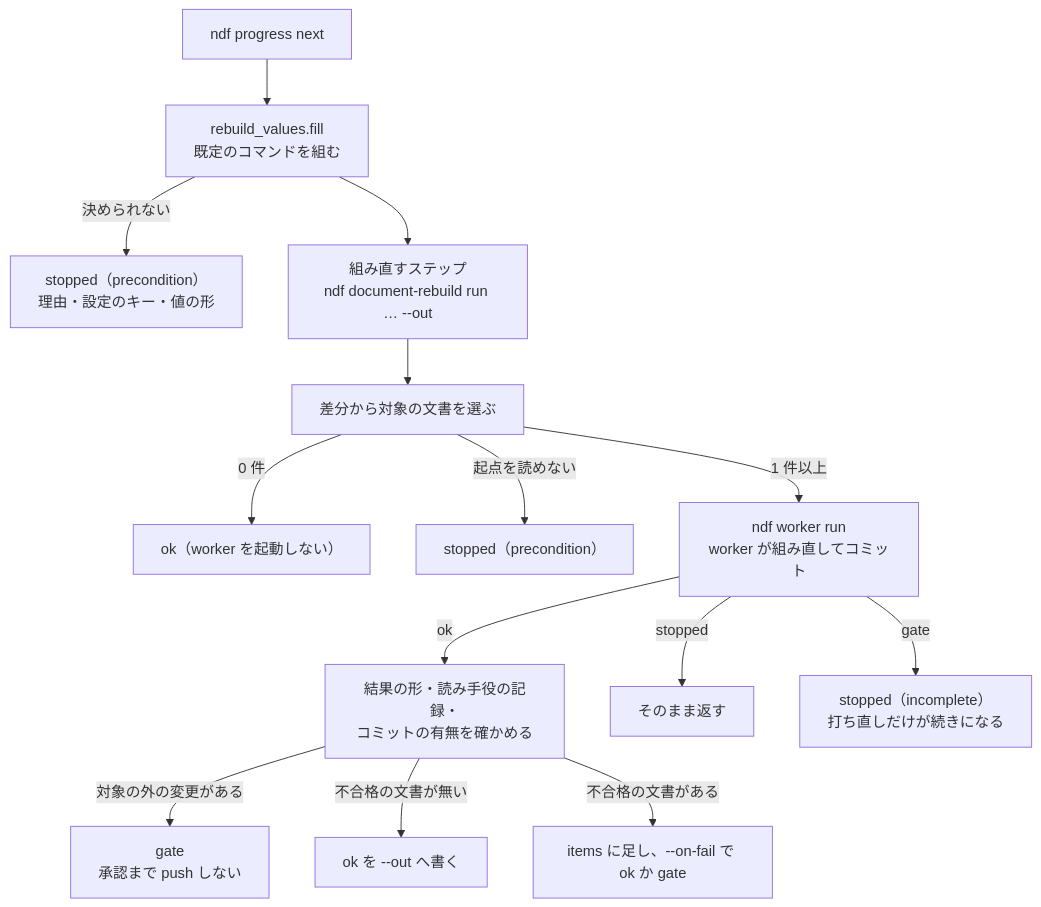
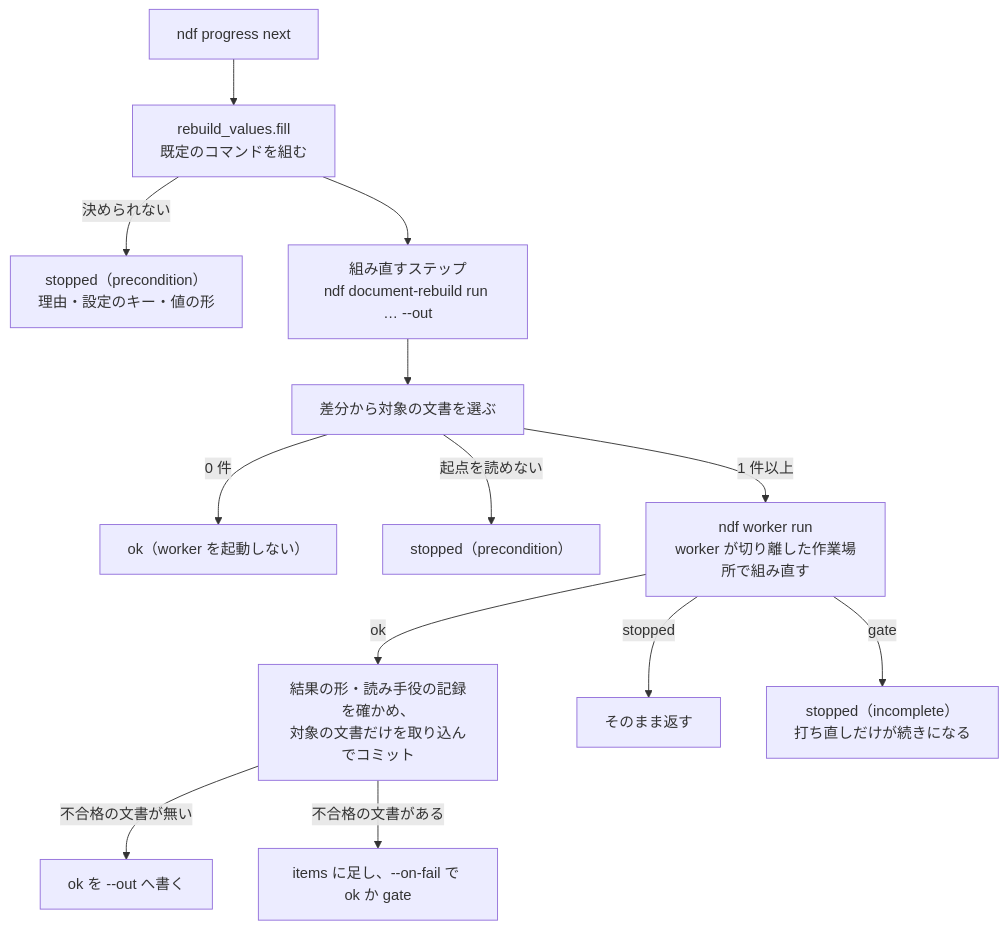
The second of 4 diagrams in issues/issue-4337-design.md (devbasex/ai-plugins), drawn with Mermaid before and after one commit. The commit also changed other lines of this file, not shown here.

Commit message:
Docs: #4337 の設計で、worker を切り離した作業場所で動かし、確かめた文書と HEAD だけを push する形に改める （#4337）

````diff
--- a/issues/issue-4337-design.md
+++ b/issues/issue-4337-design.md
@@ -38,16 +38,15 @@
 ```mermaid
 flowchart TD
     N["ndf progress next"] --> D["rebuild_values.fill<br/>既定のコマンドを組む"]
     D -->|決められない| S["stopped（precondition）<br/>理由・設定のキー・値の形"]
     D --> P["組み直すステップ<br/>ndf document-rebuild run … --out"]
     P --> T["差分から対象の文書を選ぶ"]
     T -->|0 件| Z["ok（worker を起動しない）"]
     T -->|起点を読めない| E["stopped（precondition）"]
-    T -->|1 件以上| W["ndf worker run<br/>worker が組み直してコミット"]
-    W -->|ok| O["結果の形・読み手役の記録・<br/>コミットの有無を確かめる"]
+    T -->|1 件以上| W["ndf worker run<br/>worker が切り離した作業場所で組み直す"]
+    W -->|ok| O["結果の形・読み手役の記録を確かめ、<br/>対象の文書だけを取り込んでコミット"]
     W -->|stopped| X["そのまま返す"]
     W -->|gate| Y["stopped（incomplete）<br/>打ち直しだけが続きになる"]
-    O -->|対象の外の変更がある| G["gate<br/>承認まで push しない"]
     O -->|不合格の文書が無い| K["ok を --out へ書く"]
     O -->|不合格の文書がある| F["items に足し、--on-fail で ok か gate"]
 ```
````
